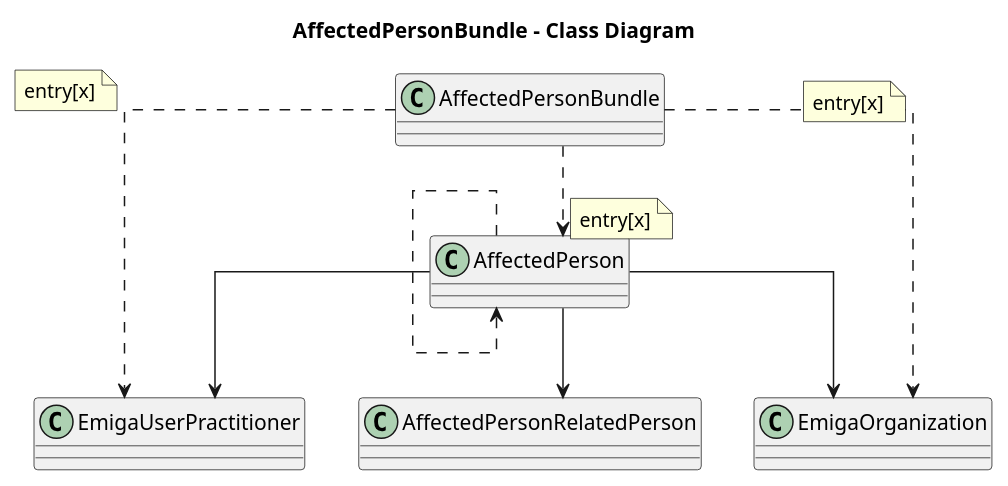
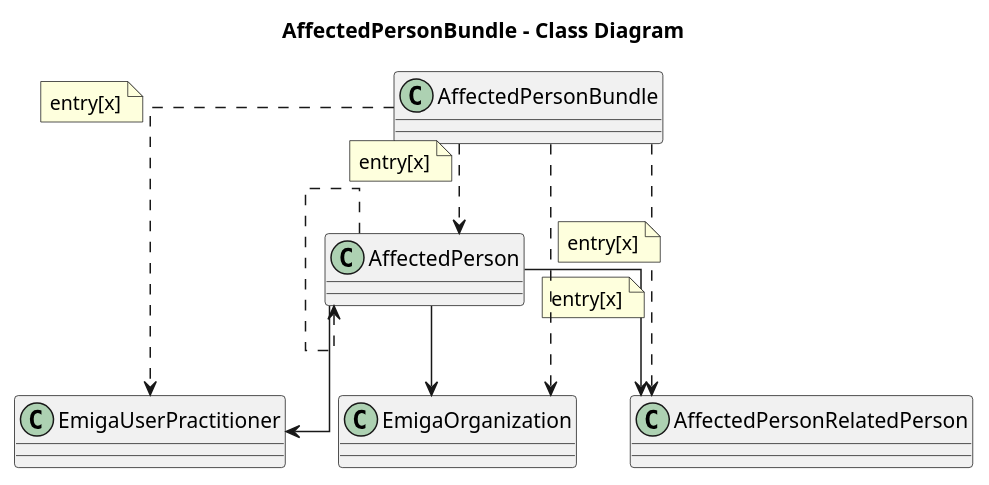
Before and after one commit to robert-koch-institut/rki.emiga.common: the diagram in rki.emiga.common/PlantUML/AffectedPersonBundle.puml, drawn with PlantUML. The commit also changed 1 other file, not shown here.

Commit message:
feat: bundle UML changes

```diff
--- a/rki.emiga.common/PlantUML/AffectedPersonBundle.puml
+++ b/rki.emiga.common/PlantUML/AffectedPersonBundle.puml
@@ -1,35 +1,29 @@
 @startuml
 skinparam linetype ortho
 
 title AffectedPersonBundle - Class Diagram
 
 class AffectedPerson{
 }
-
 class EmigaUserPractitioner {
 }
-
 class EmigaOrganization {
 }
-
 class AffectedPersonBundle {
 }
 
 AffectedPerson --> AffectedPersonRelatedPerson
-
 AffectedPerson --> EmigaOrganization
-
 AffectedPerson --> EmigaUserPractitioner
 
 AffectedPersonBundle ..> AffectedPerson
 note on link: entry[x]
-
+AffectedPersonBundle ..> AffectedPersonRelatedPerson
+note on link: entry[x]
 AffectedPersonBundle ..> EmigaOrganization
 note on link: entry[x]
-
 AffectedPersonBundle ..> EmigaUserPractitioner
 note on link: entry[x]
-
 AffectedPerson ..> AffectedPerson
 
 @enduml
```
